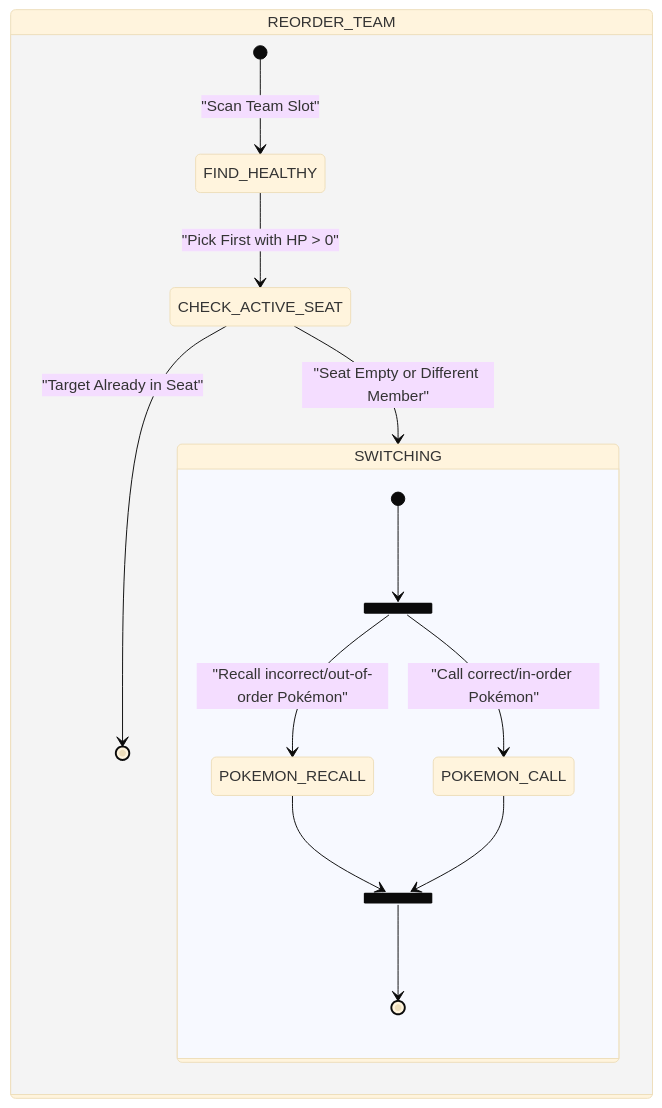
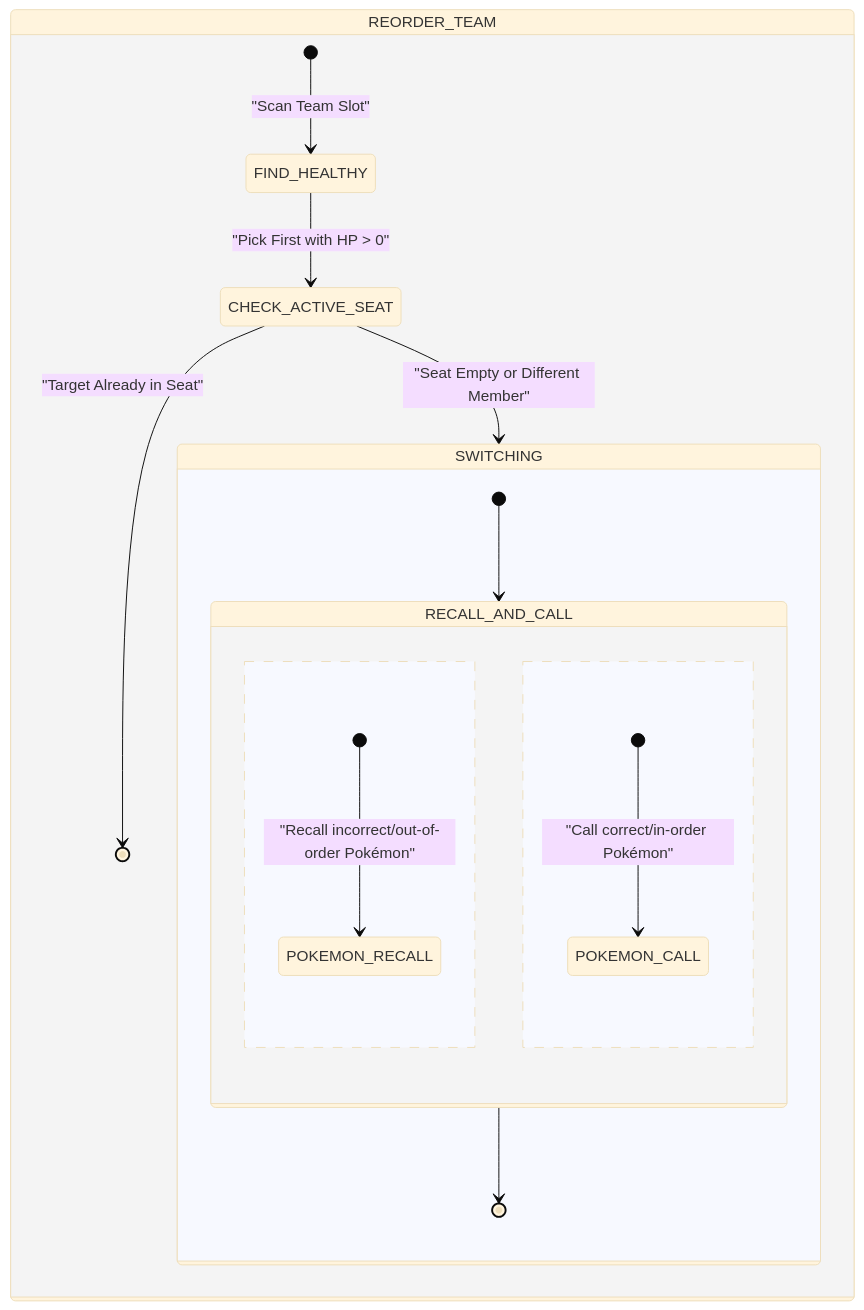
Before and after one commit to Darkham77/PokeBorrador: diagram 13 of 18 in .agents/skills/project-standards/references/battle/battle_mechanics_manual.md, drawn with Mermaid (base theme). The commit also changed 2 other files, not shown here.

Commit message:
docs(battle): unify SWITCHING diagram concurrency notation using dashed parallel state boxes
- Replaced fork/join pseudo-states in battle_mechanics_manual.md with the RECALL_AND_CALL parallel state box structure.
- Removed custom fork_state and join_state exclusions in validate_fsm_diagrams.ts and validate_fsm_implementation.ts.
- Added RECALL_AND_CALL to the ignored layout states list in the FSM validators.

````diff
--- a/.agents/skills/project-standards/references/battle/battle_mechanics_manual.md
+++ b/.agents/skills/project-standards/references/battle/battle_mechanics_manual.md
@@ -762,23 +762,21 @@
 ```mermaid
 stateDiagram-v2
     state REORDER_TEAM {
         [*] --> FIND_HEALTHY : "Scan Team Slot"
         FIND_HEALTHY --> CHECK_ACTIVE_SEAT : "Pick First with HP > 0"
         
         state CHECK_ACTIVE_SEAT <<choice>>
         CHECK_ACTIVE_SEAT --> [*] : "Target Already in Seat"
         CHECK_ACTIVE_SEAT --> SWITCHING : "Seat Empty or Different Member"
         
         state SWITCHING {
-            state fork_state <<fork>>
-            [*] --> fork_state
-            fork_state --> POKEMON_RECALL : "Recall incorrect/out-of-order Pokémon"
-            fork_state --> POKEMON_CALL : "Call correct/in-order Pokémon"
-            
-            state join_state <<join>>
-            POKEMON_RECALL --> join_state
-            POKEMON_CALL --> join_state
-            join_state --> [*]
+            [*] --> RECALL_AND_CALL
+            state RECALL_AND_CALL {
+                [*] --> POKEMON_RECALL : "Recall incorrect/out-of-order Pokémon"
+                --
+                [*] --> POKEMON_CALL : "Call correct/in-order Pokémon"
+            }
+            RECALL_AND_CALL --> [*]
         }
     }
 ```
````
